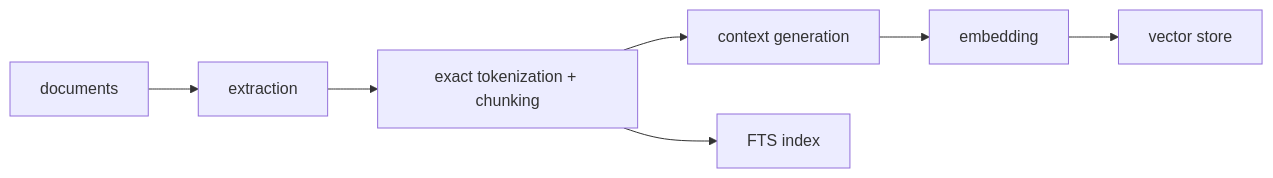
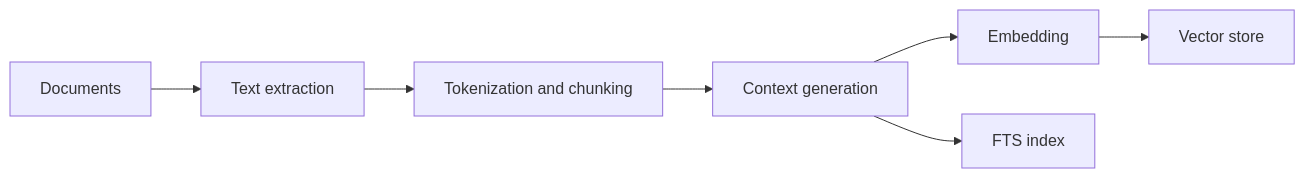
The first of 2 diagrams in README.md (romankurakin/sova), drawn with Mermaid before and after one commit. The commit also changed other lines of this file and 16 other files, not shown here.

````diff
--- a/README.md
+++ b/README.md
@@ -18,9 +55,9 @@
 ```mermaid
 flowchart LR
-    A["documents"] --> X["extraction"]
-    X --> B["exact tokenization + chunking"]
-    B --> C["context generation"]
-    C --> D["embedding"]
-    D --> E["vector store"]
-    B --> F["FTS index"]
+    A["Documents"] --> X["Text extraction"]
+    X --> B["Tokenization and chunking"]
+    B --> C["Context generation"]
+    C --> D["Embedding"]
+    D --> E["Vector store"]
+    C --> F["FTS index"]
 ```
````
